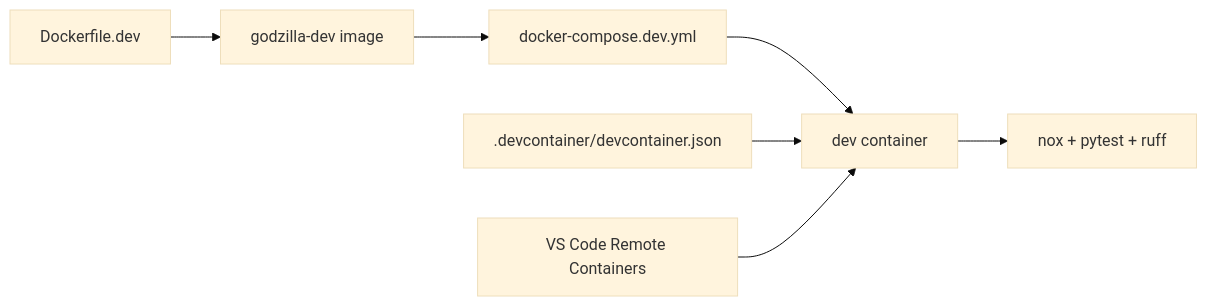
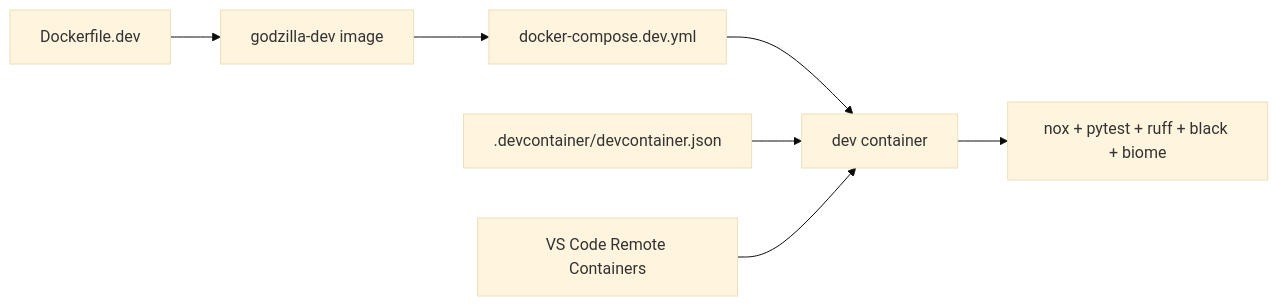
Before and after one commit to baquerrj/godzilla: the diagram in docs/design/developer-tooling.md, drawn with Mermaid (base theme). The commit also changed other lines of this file and 9 other files, not shown here.

````diff
--- a/docs/design/developer-tooling.md
+++ b/docs/design/developer-tooling.md
@@ -16,17 +16,17 @@
 ```mermaid
 flowchart LR
   DOCKERFILE[Dockerfile.dev]
   COMPOSE[docker-compose.dev.yml]
   DEVCONTAINER[.devcontainer/devcontainer.json]
   IMAGE[godzilla-dev image]
   CONTAINER[dev container]
   VSCODE[VS Code Remote Containers]
-  NOX[nox + pytest + ruff]
+  NOX[nox + pytest + ruff + black + biome]
 
   DOCKERFILE --> IMAGE
   IMAGE --> COMPOSE
   COMPOSE --> CONTAINER
   DEVCONTAINER --> CONTAINER
   VSCODE --> CONTAINER
   CONTAINER --> NOX
 ```
````
